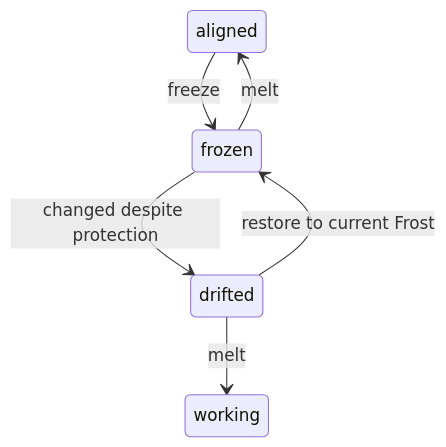
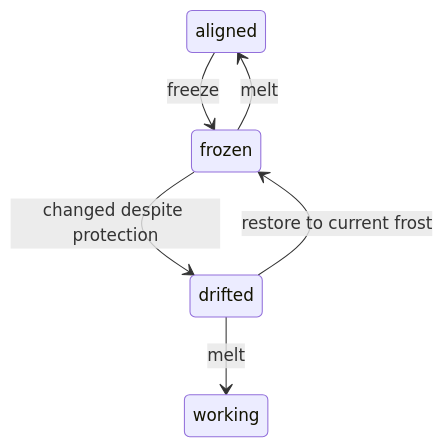
The third of 4 diagrams in sirno-docs/entry-lifecycle.md (Gorgeous-Patrick/sirno), drawn with Mermaid before and after one commit. The commit also changed other lines of this file and 59 other files, not shown here.

````diff
--- a/sirno-docs/entry-lifecycle.md
+++ b/sirno-docs/entry-lifecycle.md
@@ -71,9 +71,9 @@
 ```mermaid
 stateDiagram-v2
     aligned --> frozen: freeze
     frozen --> aligned: melt
     frozen --> drifted: changed despite protection
 
     drifted --> working: melt
-    drifted --> frozen: restore to current Frost
+    drifted --> frozen: restore to current frost
 ```
````
